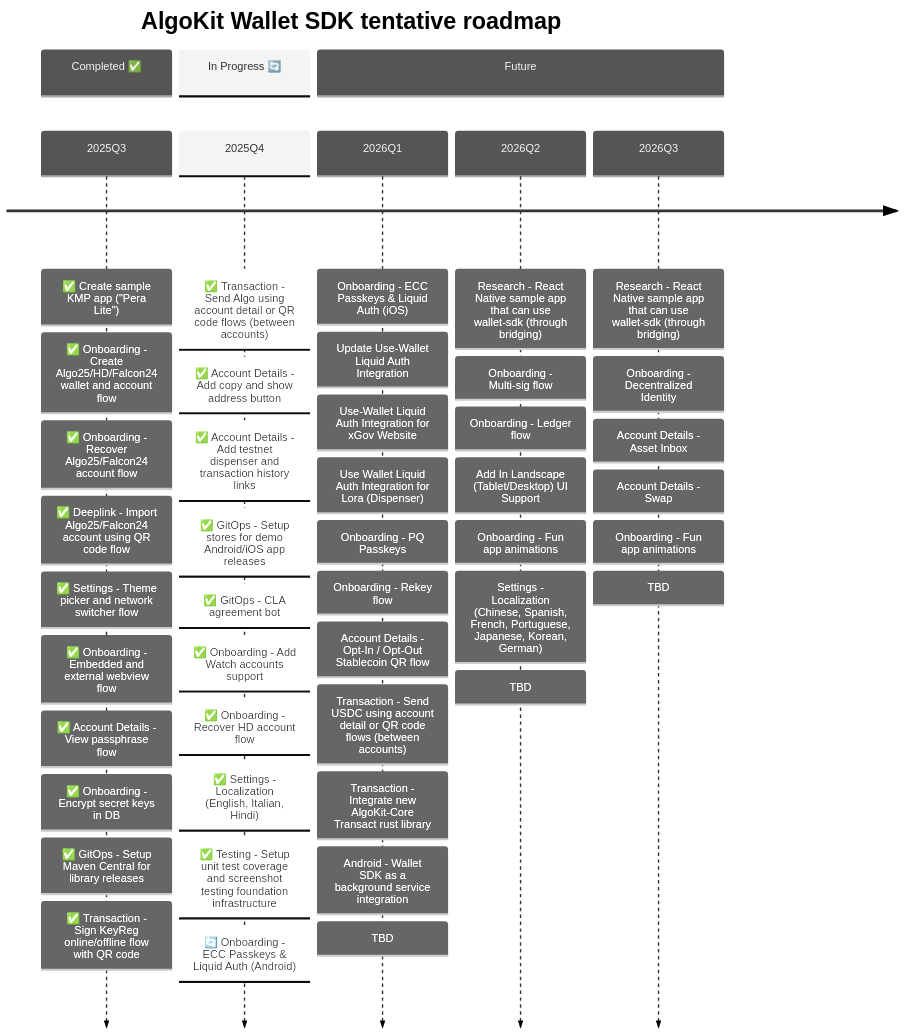
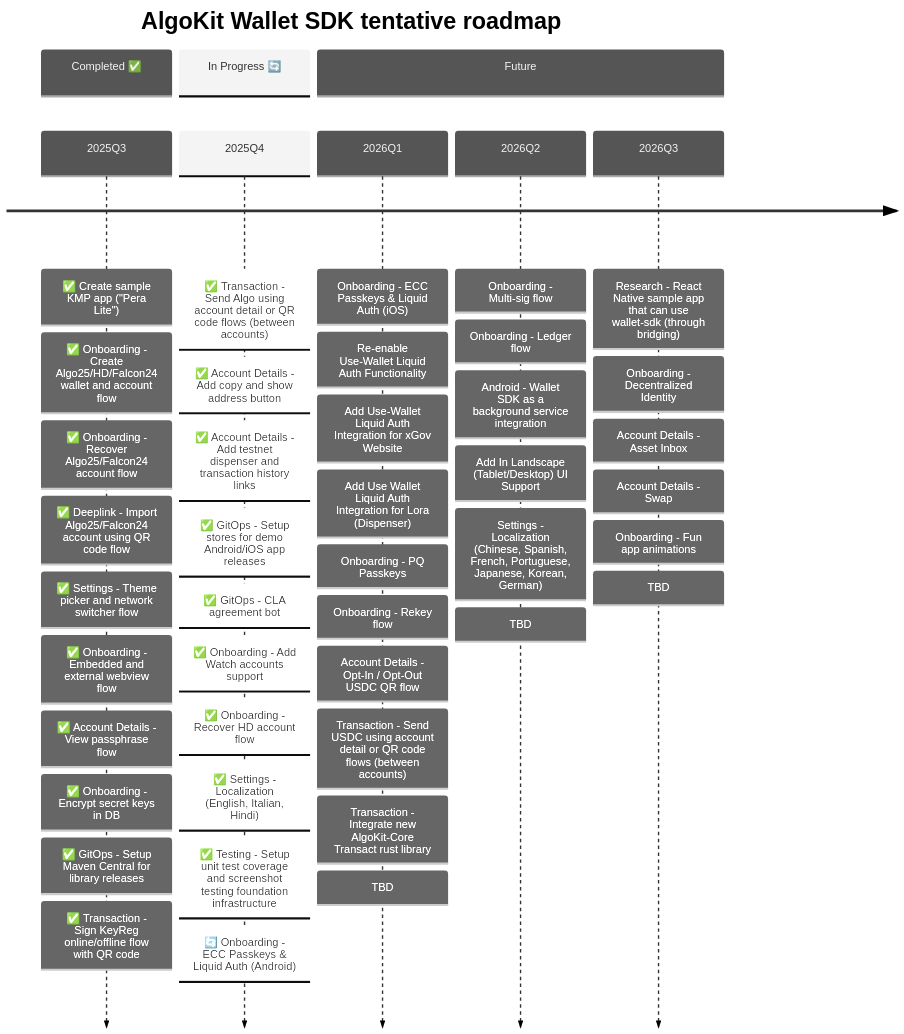
Before and after one commit to michaeltchuangllc/algokit-walletsdk-kmp: the second of 3 diagrams in README.md, drawn with Mermaid.

Commit message:
docs: update roadmap further

````diff
--- a/README.md
+++ b/README.md
@@ -67,60 +67,58 @@
 ```mermaid
 ---
 config:
   theme: 'neutral'
 ---
 timeline
     title AlgoKit Wallet SDK tentative roadmap
 
     section Completed ✅
     2025Q3  : ✅ Create sample KMP app ("Pera Lite")
             : ✅ Onboarding - Create Algo25/HD/Falcon24 wallet and account flow
             : ✅ Onboarding - Recover Algo25/Falcon24 account flow
             : ✅ Deeplink - Import Algo25/Falcon24 account using QR code flow
             : ✅ Settings - Theme picker and network switcher flow
             : ✅ Onboarding - Embedded and external webview flow
             : ✅ Account Details - View passphrase flow
             : ✅ Onboarding - Encrypt secret keys in DB
             : ✅ GitOps - Setup Maven Central for library releases
             : ✅ Transaction - Sign KeyReg online/offline flow with QR code
 
     section In Progress 🔄
     2025Q4  : ✅ Transaction - Send Algo using account detail or QR code flows (between accounts)
             : ✅ Account Details - Add copy and show address button
             : ✅ Account Details - Add testnet dispenser and transaction history links
             : ✅ GitOps - Setup stores for demo Android/iOS app releases
             : ✅ GitOps - CLA agreement bot
             : ✅ Onboarding - Add Watch accounts support
             : ✅ Onboarding - Recover HD account flow
             : ✅ Settings - Localization (English, Italian, Hindi)
             : ✅ Testing - Setup unit test coverage and screenshot testing foundation infrastructure
             : 🔄 Onboarding - ECC Passkeys & Liquid Auth (Android)
 
     section Future
     2026Q1  : Onboarding - ECC Passkeys & Liquid Auth (iOS)
-            : Update Use-Wallet Liquid Auth Integration
-            : Use-Wallet Liquid Auth Integration for xGov Website
-            : Use Wallet Liquid Auth Integration for Lora (Dispenser)
+            : Re-enable Use-Wallet Liquid Auth Functionality
+            : Add Use-Wallet Liquid Auth Integration for xGov Website
+            : Add Use Wallet Liquid Auth Integration for Lora (Dispenser)
             : Onboarding - PQ Passkeys
             : Onboarding - Rekey flow
-            : Account Details - Opt-In / Opt-Out Stablecoin QR flow
+            : Account Details - Opt-In / Opt-Out USDC QR flow
             : Transaction - Send USDC using account detail or QR code flows (between accounts)
             : Transaction - Integrate new AlgoKit-Core Transact rust library
-            : Android - Wallet SDK as a background service integration
             : TBD
     2026Q2   
-            : Research - React Native sample app that can use wallet-sdk (through bridging)
             : Onboarding - Multi-sig flow
             : Onboarding - Ledger flow
+            : Android - Wallet SDK as a background service integration
             : Add In Landscape (Tablet/Desktop) UI Support
-            : Onboarding - Fun app animations
             : Settings - Localization (Chinese, Spanish, French, Portuguese, Japanese, Korean, German)
             : TBD
     2026Q3
             : Research - React Native sample app that can use wallet-sdk (through bridging)
             : Onboarding - Decentralized Identity
             : Account Details - Asset Inbox
             : Account Details - Swap
             : Onboarding - Fun app animations
             : TBD
 ```
````
